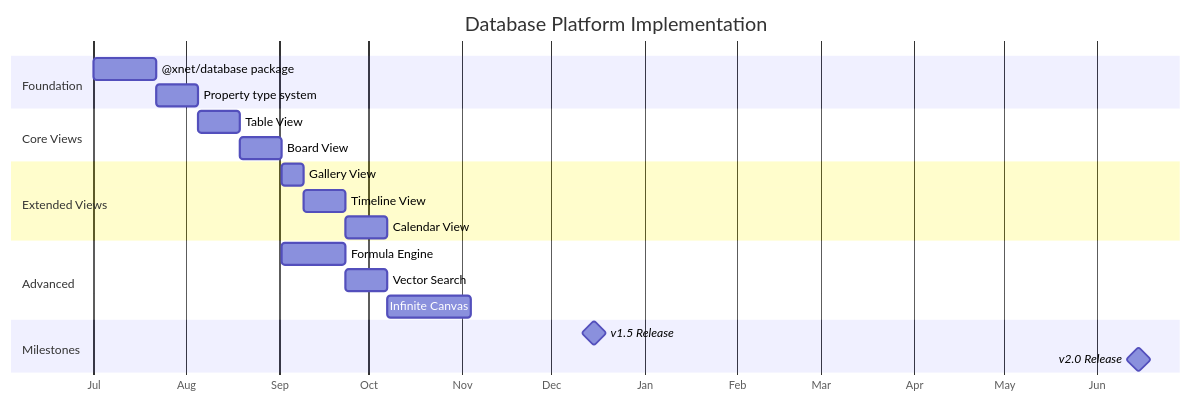
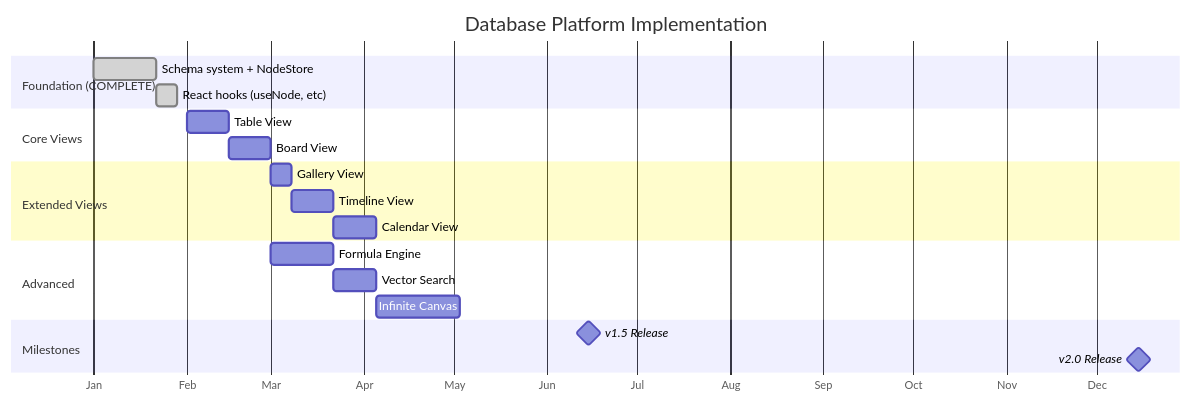
Before and after one commit to crs48/xNet: the third of 3 diagrams in docs/planStep02DatabasePlatform/00-overview.md, drawn with Mermaid. The commit also changed other lines of this file and 23 other files, not shown here.

First line of the commit message:
Update planning docs for schema-first Node architecture

````diff
--- a/docs/planStep02DatabasePlatform/00-overview.md
+++ b/docs/planStep02DatabasePlatform/00-overview.md
@@ -250,28 +388,28 @@
 ```mermaid
 gantt
     title Database Platform Implementation
     dateFormat  YYYY-MM-DD
     axisFormat  %b
 
-    section Foundation
-    @xnet/database package      :db1, 2026-07-01, 3w
-    Property type system        :db2, after db1, 2w
+    section Foundation (COMPLETE)
+    Schema system + NodeStore   :done, db1, 2026-01-01, 3w
+    React hooks (useNode, etc)  :done, db2, after db1, 1w
 
     section Core Views
-    Table View                  :v1, after db2, 2w
+    Table View                  :v1, 2026-02-01, 2w
     Board View                  :v2, after v1, 2w
 
     section Extended Views
     Gallery View                :v3, after v2, 1w
     Timeline View               :v4, after v3, 2w
     Calendar View               :v5, after v4, 2w
 
     section Advanced
     Formula Engine              :f1, after v2, 3w
     Vector Search               :vs, after f1, 2w
     Infinite Canvas             :c1, after vs, 4w
 
     section Milestones
-    v1.5 Release                :milestone, 2026-12-15, 0d
-    v2.0 Release                :milestone, 2027-06-15, 0d
+    v1.5 Release                :milestone, 2026-06-15, 0d
+    v2.0 Release                :milestone, 2026-12-15, 0d
 ```
````
